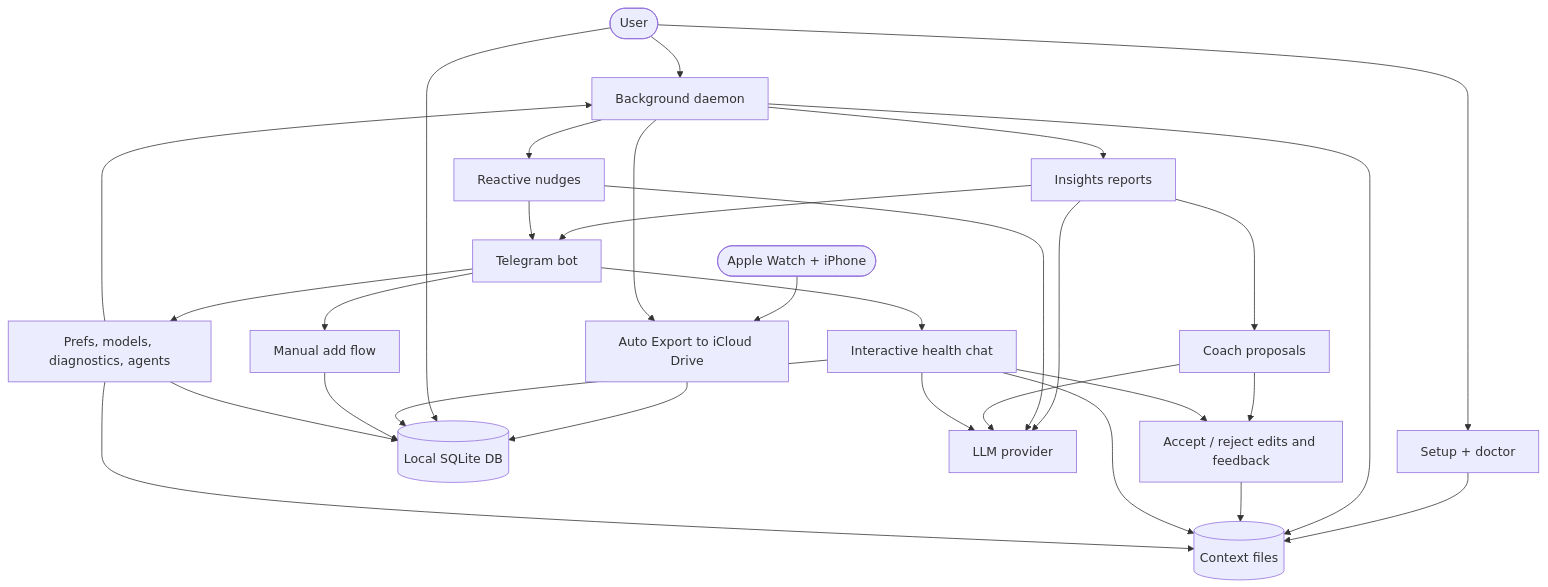
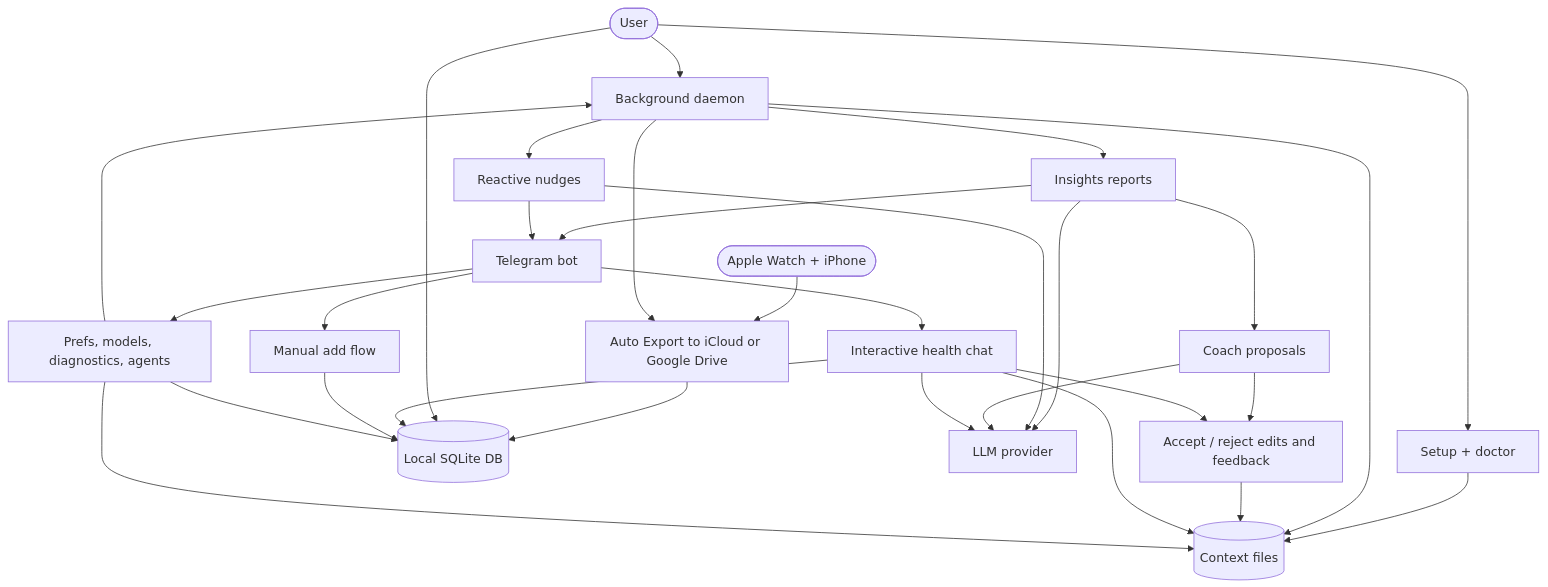
One commit to Alchemication/zdrowskit changed the first of 7 diagrams in docs/user-flow.md. Above: the diagram before and after it, drawn with Mermaid. The commit also changed other lines of this file and 15 other files, not shown here.

Commit message:
Add Google Drive health imports

````diff
--- a/docs/user-flow.md
+++ b/docs/user-flow.md
@@ -5,49 +5,49 @@
 ```mermaid
 flowchart TD
     user([User])
     apple([Apple Watch + iPhone])
-    export["Auto Export to iCloud Drive"]
+    export["Auto Export to iCloud or Google Drive"]
     setup["Setup + doctor"]
     context[(Context files)]
     db[(Local SQLite DB)]
     daemon["Background daemon"]
     telegram["Telegram bot"]
     llm["LLM provider"]
     reports["Insights reports"]
     coach["Coach proposals"]
     nudges["Reactive nudges"]
     chat["Interactive health chat"]
     manual["Manual add flow"]
     controls["Prefs, models, diagnostics, agents"]
     approvals["Accept / reject edits and feedback"]
 
     user --> setup
     setup --> context
     apple --> export
     export --> db
     user --> db
     user --> daemon
     daemon --> export
     daemon --> context
     daemon --> reports
     daemon --> nudges
     reports --> llm
     nudges --> llm
     reports --> telegram
     nudges --> telegram
     reports --> coach
     coach --> llm
     coach --> approvals
     approvals --> context
     telegram --> chat
     chat --> db
     chat --> context
     chat --> llm
     chat --> approvals
     telegram --> manual
     manual --> db
     telegram --> controls
     controls --> db
     controls --> context
     controls --> daemon
 ```
````
